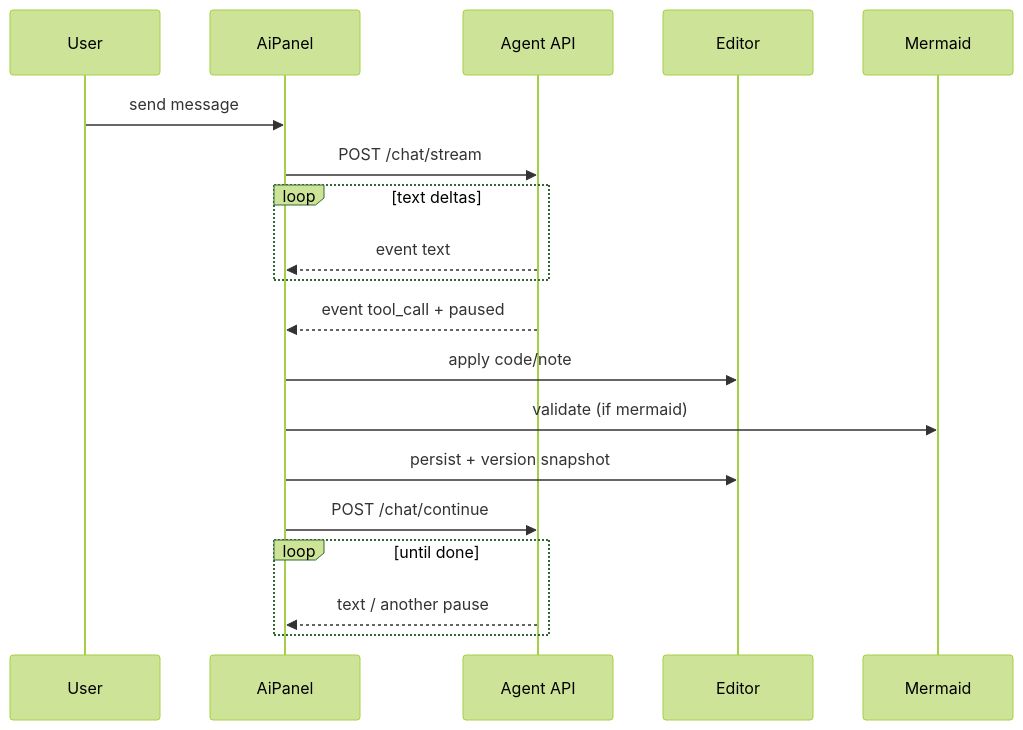
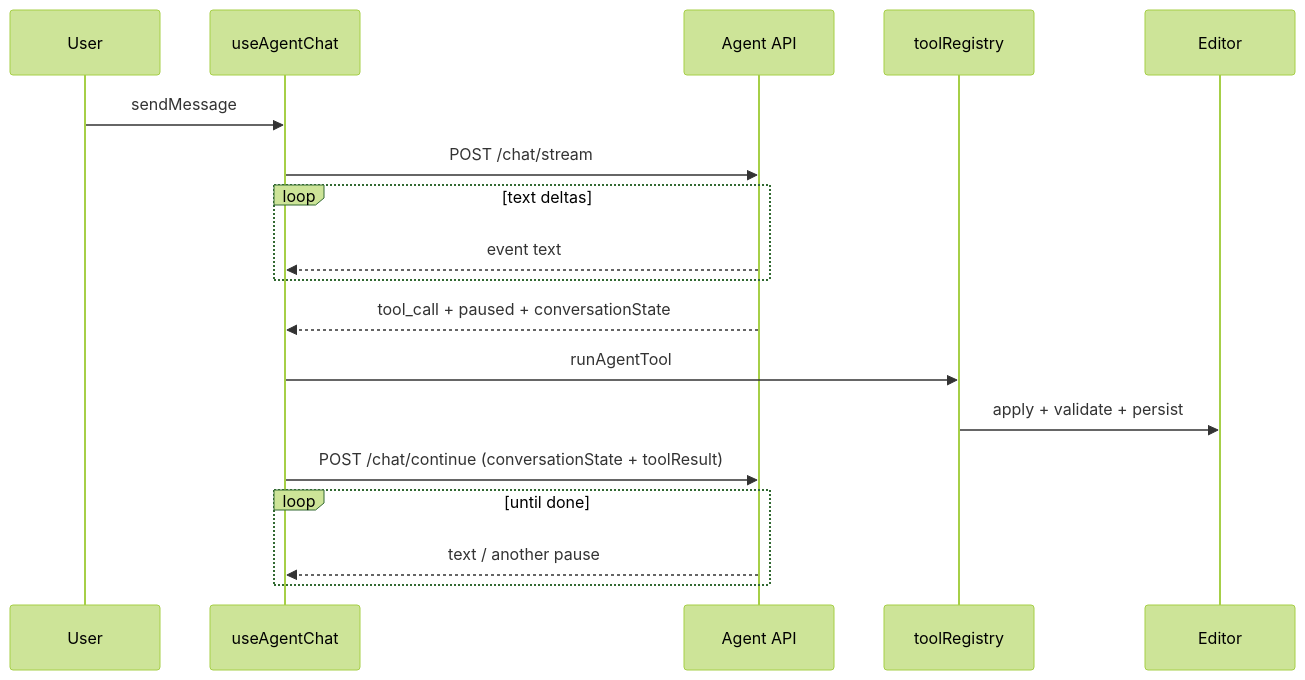
Before and after one commit to pvanand07/mermaid-plan: the second of 2 diagrams in architecture.md, drawn with Mermaid (forest theme). The commit also changed other lines of this file and 7 other files, not shown here.

First line of the commit message:
Surface Mermaid render errors in the editor with Fix with AI, and refresh architecture docs to match the refactored codebase.

````diff
--- a/architecture.md
+++ b/architecture.md
@@ -502,22 +552,21 @@
 ```mermaid
 sequenceDiagram
   participant User
-  participant AiPanel
+  participant useAgentChat
   participant API as Agent API
+  participant toolRegistry
   participant Editor
-  participant Mermaid
 
-  User->>AiPanel: send message
-  AiPanel->>API: POST /chat/stream
+  User->>useAgentChat: sendMessage
+  useAgentChat->>API: POST /chat/stream
   loop text deltas
-    API-->>AiPanel: event text
+    API-->>useAgentChat: event text
   end
-  API-->>AiPanel: event tool_call + paused
-  AiPanel->>Editor: apply code/note
-  AiPanel->>Mermaid: validate (if mermaid)
-  AiPanel->>Editor: persist + version snapshot
-  AiPanel->>API: POST /chat/continue
+  API-->>useAgentChat: tool_call + paused + conversationState
+  useAgentChat->>toolRegistry: runAgentTool
+  toolRegistry->>Editor: apply + validate + persist
+  useAgentChat->>API: POST /chat/continue (conversationState + toolResult)
   loop until done
-    API-->>AiPanel: text / another pause
+    API-->>useAgentChat: text / another pause
   end
 ```
````
